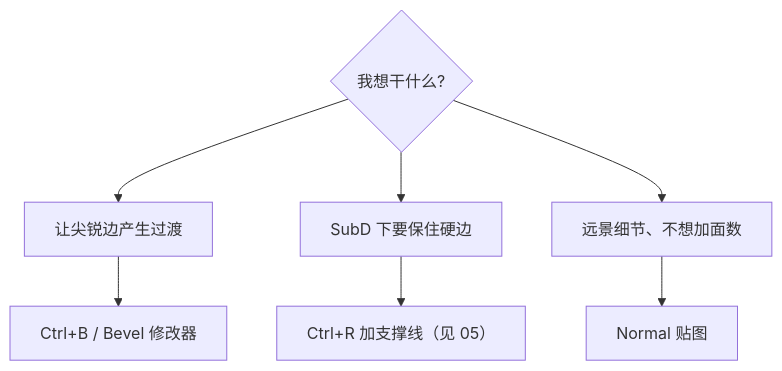
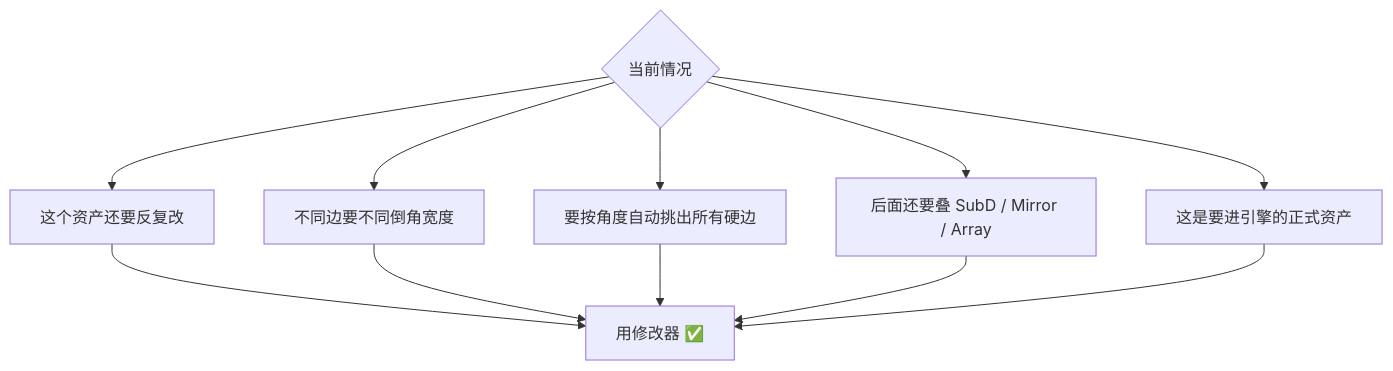
Diagram 20 of 44 in Blender笔记/00-基础/06-倒角-Bevel.md (liuchamp/blenderdsv1), drawn with Mermaid before and after one commit. The commit also changed other lines of this file and 16 other files, not shown here.

````diff
--- a/Blender笔记/00-基础/06-倒角-Bevel.md
+++ b/Blender笔记/00-基础/06-倒角-Bevel.md
@@ -387,7 +426,10 @@
 ```mermaid
 flowchart TD
-    Q{"我想干什么?"}
-    Q --> A["让尖锐边产生过渡"] --> A1["Ctrl+B / Bevel 修改器"]
-    Q --> B["SubD 下要保住硬边"] --> B1["Ctrl+R 加支撑线（见 05）"]
-    Q --> C["远景细节、不想加面数"] --> C1["Normal 贴图"]
+    Q{"当前情况"}
+    Q --> A["这个资产还要反复改"]
+    Q --> B["不同边要不同倒角宽度"]
+    Q --> C["要按角度自动挑出所有硬边"]
+    Q --> D["后面还要叠 SubD / Mirror / Array"]
+    Q --> E["这是要进引擎的正式资产"]
+    A & B & C & D & E --> R["用修改器 ✅"]
 ```
````
